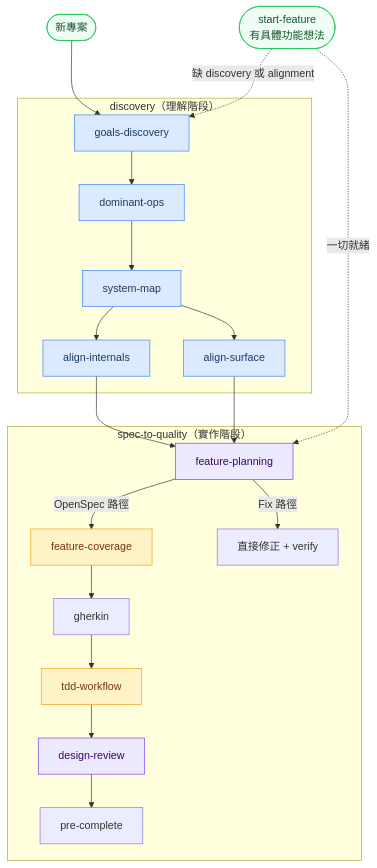
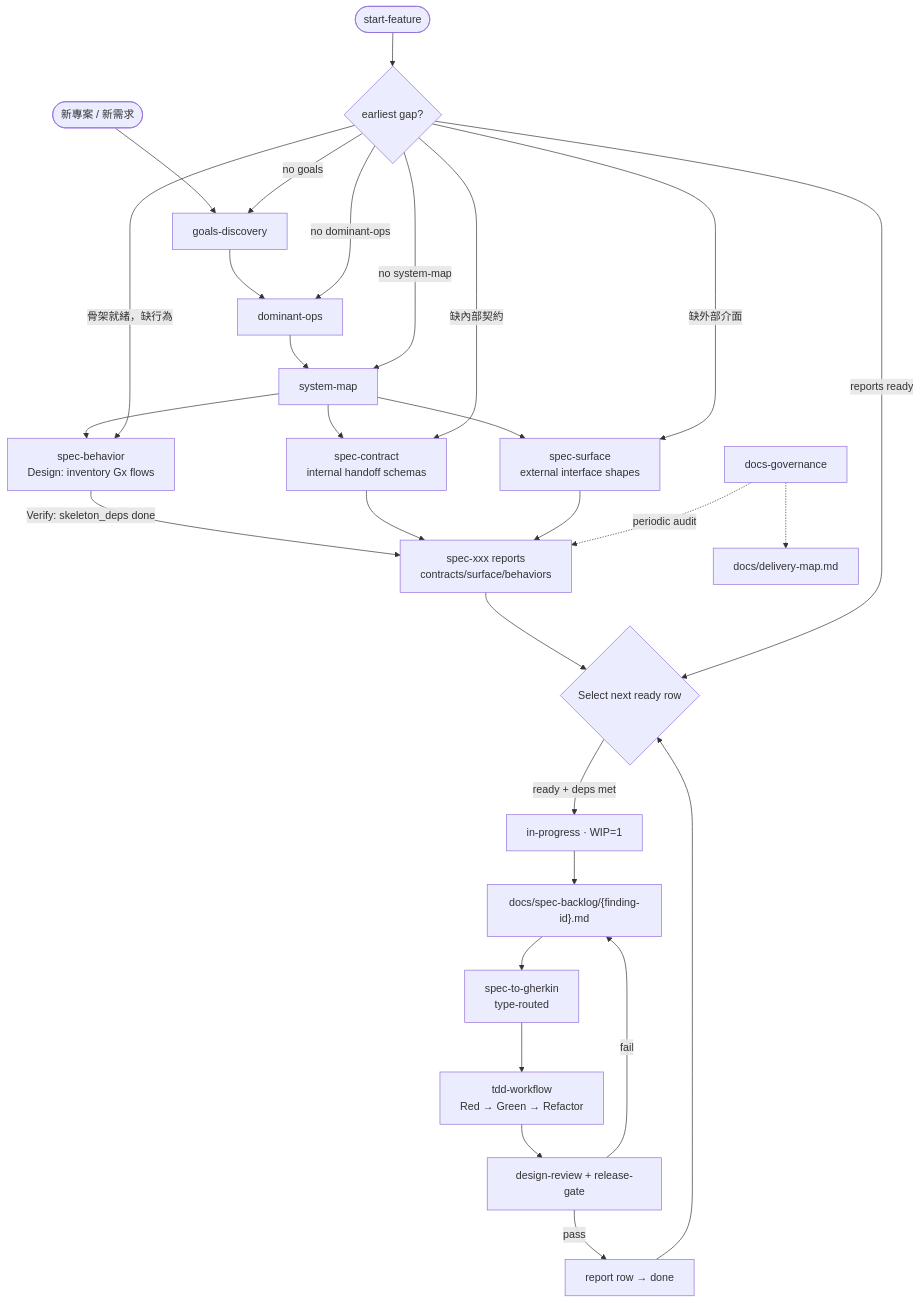
One commit to class83108/spec-to-quality changed the diagram in README.md. Above: the diagram before and after it, drawn with Mermaid. The commit also changed other lines of this file and 29 other files, not shown here.

First line of the commit message:
feat: 重新設計 spec-backlog workflow——拆分 align 為 spec-contract/spec-surface/spec-behavior 三層

````diff
--- a/README.md
+++ b/README.md
@@ -55,34 +324,39 @@
 ```mermaid
 flowchart TD
-    subgraph discovery["discovery（理解階段）"]
-        G[goals-discovery] --> D[dominant-ops]
-        D --> S[system-map]
-        S --> AI[align-internals]
-        S --> AS[align-surface]
-    end
+    NEW([新專案 / 新需求]) --> G[goals-discovery]
+    G --> D[dominant-ops]
+    D --> S[system-map]
 
-    AI & AS --> FP
+    S --> SC[spec-contract<br/>internal handoff schemas]
+    S --> SS[spec-surface<br/>external interface shapes]
 
-    subgraph impl["spec-to-quality（實作階段）"]
-        FP[feature-planning] -->|OpenSpec 路徑| FC[feature-coverage]
-        FP -->|Fix 路徑| FIX[直接修正 + verify]
-        FC --> GK[gherkin]
-        GK --> TDD[tdd-workflow]
-        TDD --> DR[design-review]
-        DR --> PC[pre-complete]
-    end
+    S --> SB[spec-behavior<br/>Design: inventory Gx flows]
+    SB -->|Verify: skeleton_deps done| RPT
 
-    NEW([新專案]) --> G
-    SF([start-feature<br/>有具體功能想法]) -.->|缺 discovery 或 alignment| G
-    SF -.->|一切就緒| FP
+    SC --> RPT[spec-xxx reports<br/>contracts/surface/behaviors]
+    SS --> RPT
 
-    classDef am fill:#dbeafe,stroke:#3b82f6,color:#1e3a5f
-    classDef im fill:#fef3c7,stroke:#f59e0b,color:#78350f
-    classDef both fill:#ede9fe,stroke:#7c3aed,color:#3b0764
-    classDef entry fill:#f0fdf4,stroke:#22c55e,color:#14532d
+    RPT --> SEL{Select next ready row}
+    SEL -->|ready + deps met| IP[in-progress · WIP=1]
 
-    class G,D,S,AI,AS am
-    class FC,TDD im
-    class FP,DR both
-    class NEW,SF entry
+    IP --> CARD["docs/spec-backlog/{finding-id}.md"]
+    CARD --> STG[spec-to-gherkin<br/>type-routed]
+    STG --> TDD[tdd-workflow<br/>Red → Green → Refactor]
+    TDD --> DR[design-review + release-gate]
+
+    DR -->|pass| DONE[report row → done]
+    DR -->|fail| CARD
+    DONE --> SEL
+
+    SF([start-feature]) --> RT{earliest gap?}
+    RT -->|no goals| G
+    RT -->|no dominant-ops| D
+    RT -->|no system-map| S
+    RT -->|缺內部契約| SC
+    RT -->|缺外部介面| SS
+    RT -->|骨架就緒，缺行為| SB
+    RT -->|reports ready| SEL
+
+    DG[docs-governance] -.->|periodic audit| RPT
+    DG -.-> DM[docs/delivery-map.md]
 ```
````
